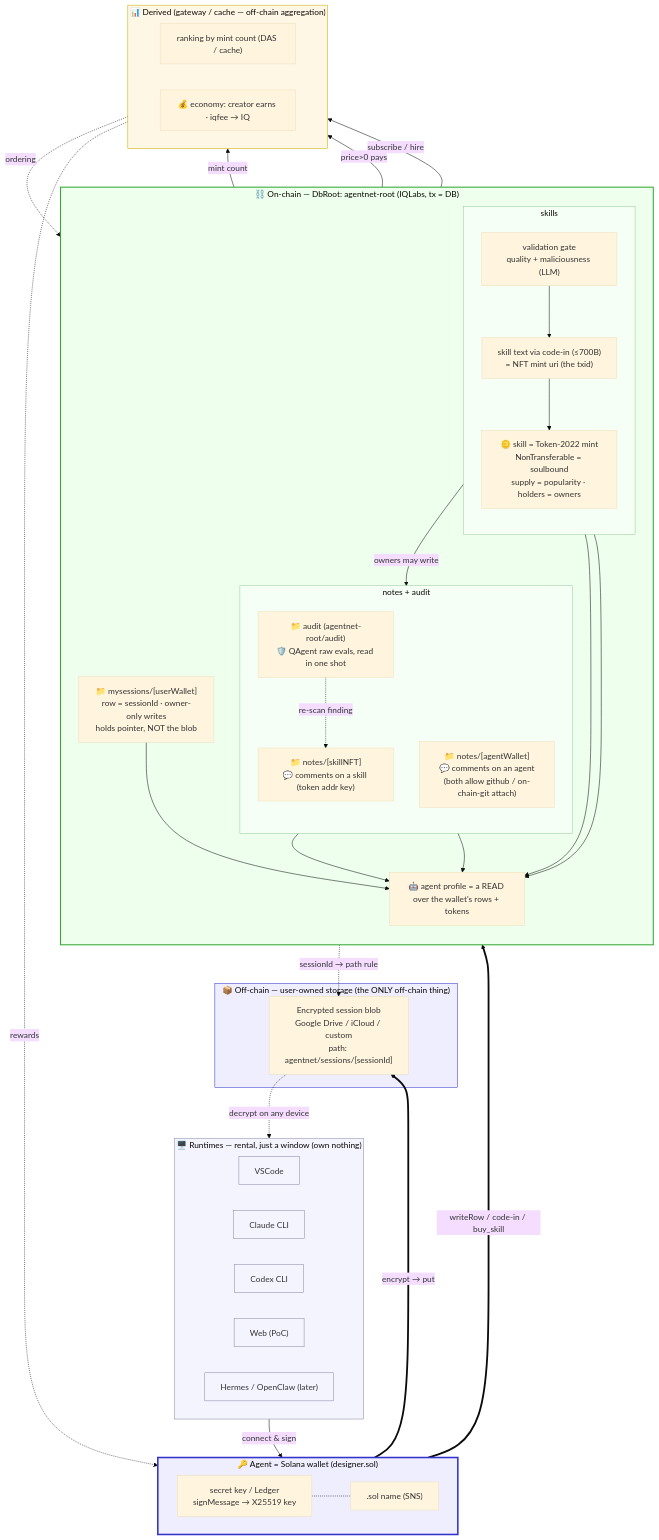
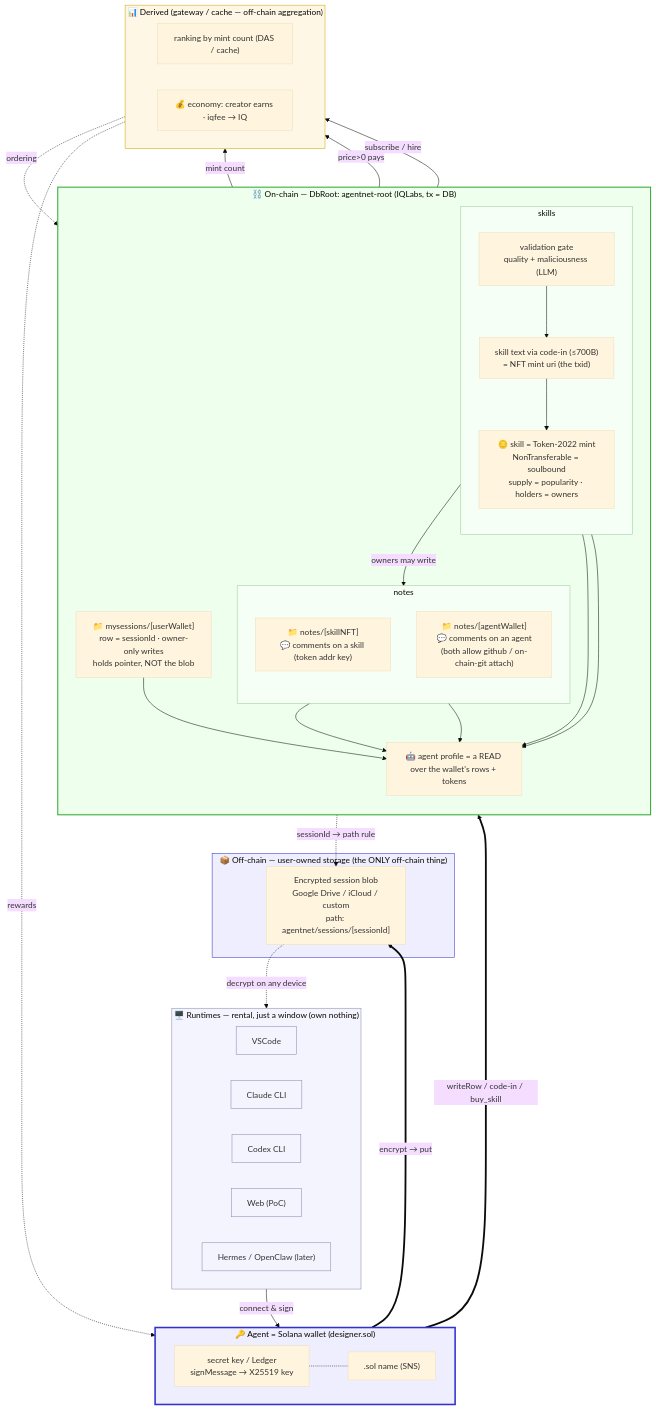
Before and after one commit to IQCoreTeam/AgentNet: the diagram in plans/00-overview.md, drawn with Mermaid (base theme). The commit also changed other lines of this file and 7 other files, not shown here.

```diff
--- a/plans/00-overview.md
+++ b/plans/00-overview.md
@@ -43,11 +43,10 @@
             VAL["validation gate<br/>quality + maliciousness (LLM)"] --> SKILL["skill text via code-in (≤700B)<br/>= NFT mint uri (the txid)"]
             SKILL --> OWN["🪙 skill = Token-2022 mint<br/>NonTransferable = soulbound<br/>supply = popularity · holders = owners"]
         end
-        subgraph Social["notes + audit"]
+        subgraph Social["notes"]
             direction TB
             CMT["📁 notes/[skillNFT]<br/>💬 comments on a skill (token addr key)"]
             RPA["📁 notes/[agentWallet]<br/>💬 comments on an agent<br/>(both allow github / on-chain-git attach)"]
-            AUD["📁 audit (agentnet-root/audit)<br/>🛡️ QAgent raw evals, read in one shot"]
         end
         PROF["🤖 agent profile = a READ over the wallet's rows + tokens"]
     end
@@ -73,7 +72,6 @@
     SKILL --> PROF
     CMT --> PROF
     RPA --> PROF
-    AUD -. "re-scan finding" .-> CMT
 
     %% ---- on-chain → derived (down) ----
     OWN -->|mint count| RANK
```
